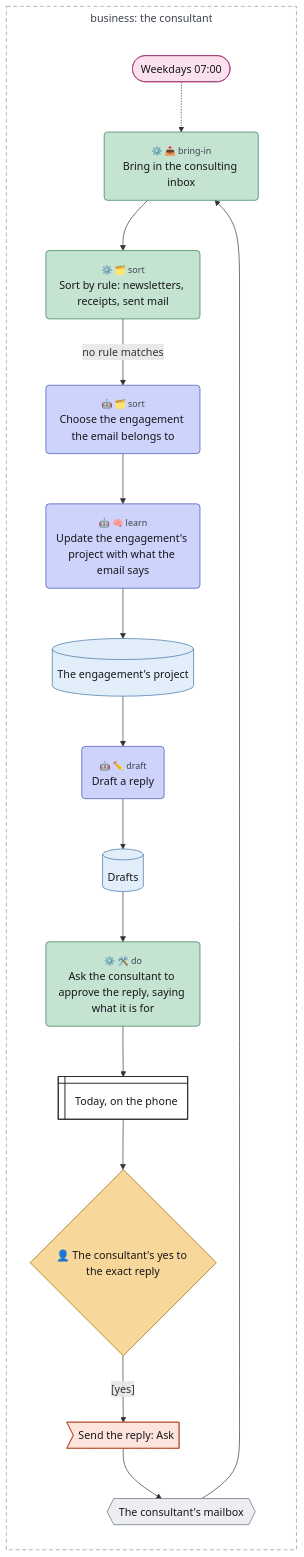
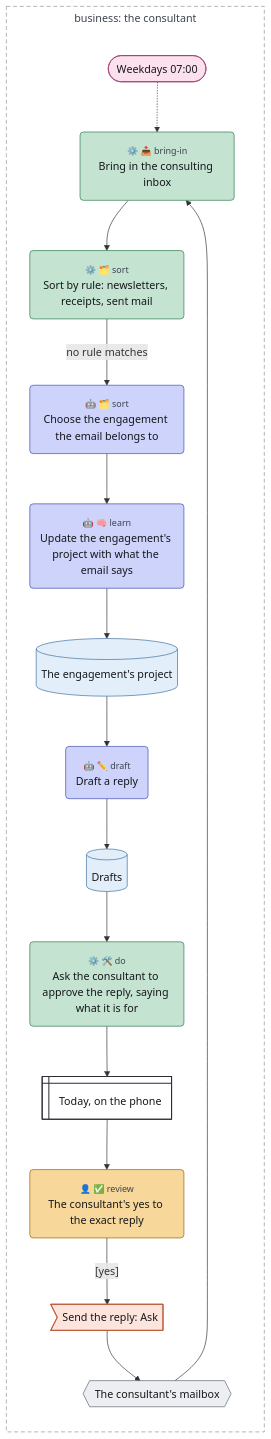
The diagram in examples/client-email.mmd (chrismdp/awml), drawn with Mermaid before and after one commit. The commit also changed 19 other files, not shown here.

```diff
--- a/examples/client-email.mmd
+++ b/examples/client-email.mmd
@@ -1,59 +1,59 @@
 ---
 config:
   theme: default
   flowchart:
     useMaxWidth: false
     subGraphTitleMargin:
       top: 6
       bottom: 30
 ---
 flowchart TB
   subgraph business["business: the consultant"]
     direction TB
     weekdays(["Weekdays 07:00"])
     mailbox{{"The consultant's mailbox"}}
     bring("<small style='color:#3d434f'>⚙️ 📥 bring-in</small><br>Bring in the consulting inbox")
     rules("<small style='color:#3d434f'>⚙️ 🗂️ sort</small><br>Sort by rule: newsletters, receipts, sent mail")
     choose("<small style='color:#3d434f'>🤖 🗂️ sort</small><br>Choose the engagement the email belongs to")
     learn("<small style='color:#3d434f'>🤖 🧠 learn</small><br>Update the engagement's project with what the email says")
     project[("The engagement's project")]
     draft("<small style='color:#3d434f'>🤖 ✏️ draft</small><br>Draft a reply")
     drafts[("Drafts")]
     ask("<small style='color:#3d434f'>⚙️ 🛠️ do</small><br>Ask the consultant to approve the reply, saying what it is for")
     today@{ shape: win-pane, label: "Today, on the phone" }
-    approve{"👤 The consultant's yes to the exact reply"}
+    approve("<small style='color:#3d434f'>👤 ✅ review</small><br>The consultant's yes to the exact reply")
     send>"Send the reply: Ask"]
   end
 
   weekdays -.-> bring
   mailbox --> bring
   bring --> rules
   rules -->|"no rule matches"| choose
   choose --> learn
   learn --> project
   project --> draft
   draft --> drafts
   drafts --> ask
   ask --> today
   today --> approve
   approve -->|"[yes]"| send
   send --> mailbox
   classDef trig fill:#fbe1ee,stroke:#a33a74,color:#16171b
   classDef ctx fill:#e2eef9,stroke:#3d6fa3,color:#16171b
   classDef con fill:#eceef2,stroke:#5d6472,color:#16171b
   classDef surf fill:#ffffff,stroke:#2a2d35,stroke-width:1.5px,color:#16171b
   classDef out fill:#fde4dc,stroke:#b5532f,color:#16171b
   classDef ai fill:#cdd3fb,stroke:#3b4bb0,color:#16171b
   classDef rule fill:#c4e3d1,stroke:#2b7a4f,color:#16171b
   classDef human fill:#f7d79a,stroke:#9a6100,color:#16171b
   classDef uml fill:#16171b,stroke:#16171b,color:#16171b
   classDef gap fill:#ffffff,stroke:#8a93a3,stroke-dasharray:4 3,color:#6b7280
   class weekdays trig
   class project,drafts ctx
   class mailbox con
   class today surf
   class send out
   class choose,learn,draft ai
   class bring,rules,ask rule
   class approve human
   style business fill:transparent,stroke:#8a93a3,stroke-dasharray:6 4,color:#3d434f
```
